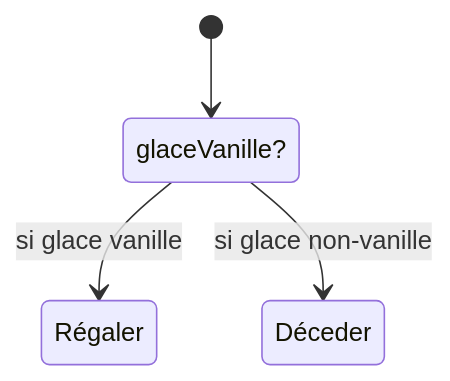
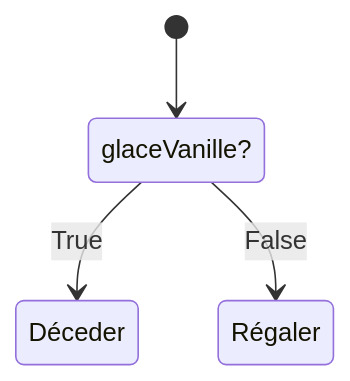
One commit to comptegithubleo/guide_de_prog changed the diagram in src/structures_controle/COURS_structures_controle_lvl_1.md. Above: the diagram before and after it, drawn with Mermaid.

Commit message:
fixed glace vanille

````diff
--- a/src/structures_controle/COURS_structures_controle_lvl_1.md
+++ b/src/structures_controle/COURS_structures_controle_lvl_1.md
@@ -45,6 +45,6 @@
 ```mermaid
 stateDiagram-v2
     [*] --> glaceVanille?
-    glaceVanille? --> Régaler: si glace vanille
-    glaceVanille? --> Déceder: si glace non-vanille    
+    glaceVanille? --> Déceder: True
+    glaceVanille? --> Régaler: False
 ```
````
